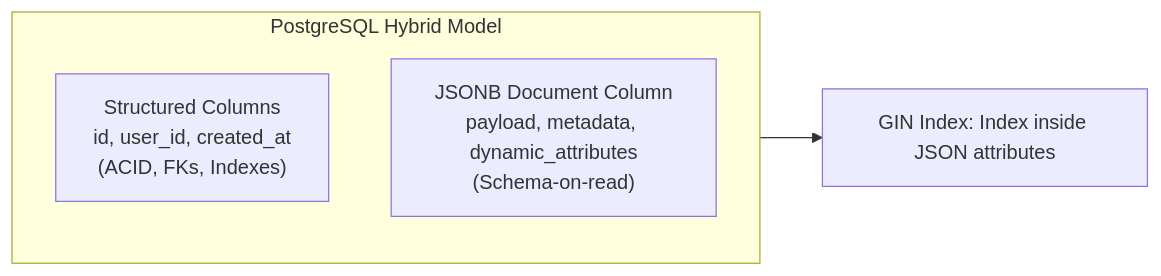
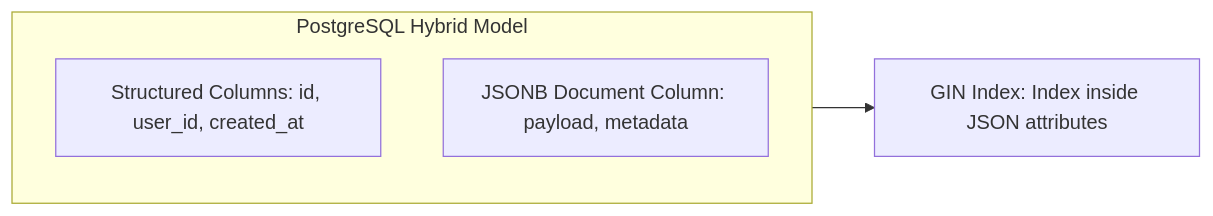
One commit to Shivanshu27/my-personal-website changed the seventh of 8 diagrams in content/blog/sql-vs-nosql-a-senior-engineers-guide.md. Above: the diagram before and after it, drawn with Mermaid. The commit also changed other lines of this file and 4 other files, not shown here.

Commit message:
Fix Mermaid rendering, add single.html layout, and ensure latest posts sort by date

````diff
--- a/content/blog/sql-vs-nosql-a-senior-engineers-guide.md
+++ b/content/blog/sql-vs-nosql-a-senior-engineers-guide.md
@@ -248,8 +233,8 @@
 ```mermaid
 flowchart LR
   subgraph Converged["PostgreSQL Hybrid Model"]
-    C1["Structured Columns<br/>id, user_id, created_at<br/>(ACID, FKs, Indexes)"]
-    C2["JSONB Document Column<br/>payload, metadata, dynamic_attributes<br/>(Schema-on-read)"]
+    C1["Structured Columns: id, user_id, created_at"]
+    C2["JSONB Document Column: payload, metadata"]
   end
   Converged --> GIN["GIN Index: Index inside JSON attributes"]
 ```
````
